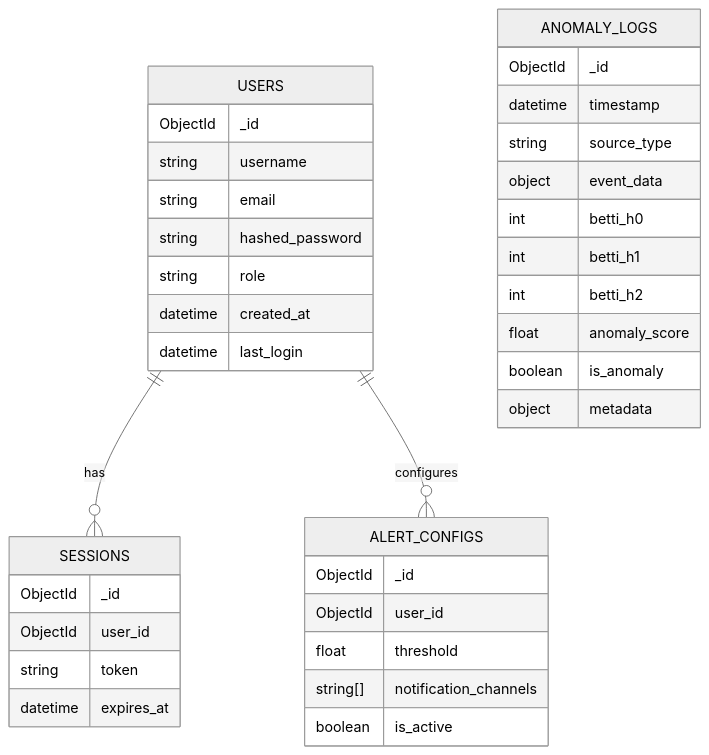
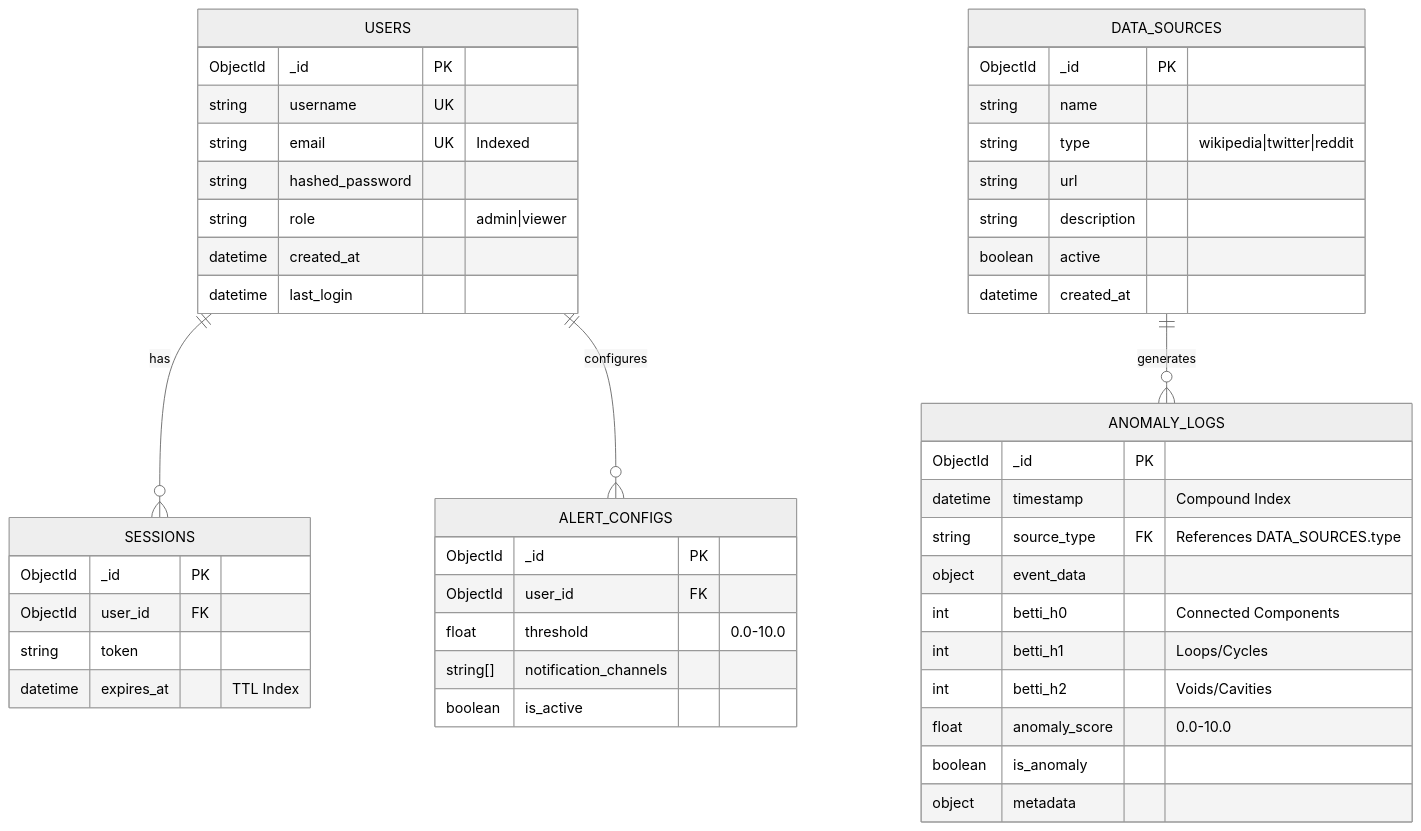
The first of 3 diagrams in docs/DATABASE_SCHEMA.md (Vidish-Bijalwan/WINTER-2026), drawn with Mermaid (neutral theme) before and after one commit. The commit also changed other lines of this file and 4 other files, not shown here.

Commit message:
docs: enhance documentation with DFDs, schemas, and architecture diagrams

````diff
--- a/docs/DATABASE_SCHEMA.md
+++ b/docs/DATABASE_SCHEMA.md
@@ -7,42 +7,54 @@
 ```mermaid
 erDiagram
     USERS ||--o{ SESSIONS : "has"
     USERS ||--o{ ALERT_CONFIGS : "configures"
     USERS {
-        ObjectId _id
-        string username
-        string email
+        ObjectId _id PK
+        string username UK
+        string email UK "Indexed"
         string hashed_password
-        string role
+        string role "admin|viewer"
         datetime created_at
         datetime last_login
     }
 
     SESSIONS {
-        ObjectId _id
-        ObjectId user_id
+        ObjectId _id PK
+        ObjectId user_id FK
         string token
-        datetime expires_at
+        datetime expires_at "TTL Index"
     }
 
     ALERT_CONFIGS {
-        ObjectId _id
-        ObjectId user_id
-        float threshold
+        ObjectId _id PK
+        ObjectId user_id FK
+        float threshold "0.0-10.0"
         string[] notification_channels
         boolean is_active
     }
 
+    DATA_SOURCES {
+        ObjectId _id PK
+        string name
+        string type "wikipedia|twitter|reddit"
+        string url
+        string description
+        boolean active
+        datetime created_at
+    }
+
     ANOMALY_LOGS {
-        ObjectId _id
-        datetime timestamp
-        string source_type
+        ObjectId _id PK
+        datetime timestamp "Compound Index"
+        string source_type FK "References DATA_SOURCES.type"
         object event_data
-        int betti_h0
-        int betti_h1
-        int betti_h2
-        float anomaly_score
+        int betti_h0 "Connected Components"
+        int betti_h1 "Loops/Cycles"
+        int betti_h2 "Voids/Cavities"
+        float anomaly_score "0.0-10.0"
         boolean is_anomaly
         object metadata
     }
+    
+    DATA_SOURCES ||--o{ ANOMALY_LOGS : "generates"
 ```
````
